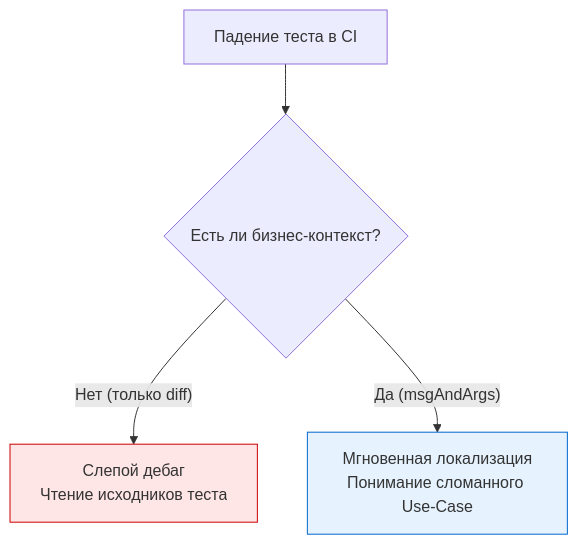
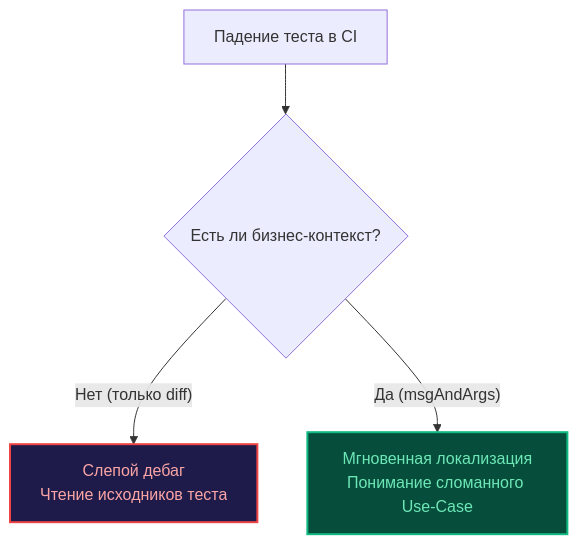
One commit to UnrealTemplier/go-textbook changed the diagram in sources/15. Тестирование в Go (QA & Testing)/03. Assertions и tooling/3. Грамотные сообщения об ошибках.md. Above: the diagram before and after it, drawn with Mermaid. The commit also changed other lines of this file, not shown here.

````diff
--- a/sources/15. Тестирование в Go (QA & Testing)/03. Assertions и tooling/3. Грамотные сообщения об ошибках.md
+++ b/sources/15. Тестирование в Go (QA & Testing)/03. Assertions и tooling/3. Грамотные сообщения об ошибках.md
@@ -98,9 +121,9 @@
 ```mermaid
 flowchart TD
     A["Падение теста в CI"] --> B{"Есть ли бизнес-контекст?"}
-    B -->|"Нет (только diff)"| C["Слепой дебаг<br>Чтение исходников теста"]
-    B -->|"Да (msgAndArgs)"| D["Мгновенная локализация<br>Понимание сломанного Use-Case"]
+    B -->|"Нет (только diff)"| C["Слепой дебаг<br/>Чтение исходников теста"]
+    B -->|"Да (msgAndArgs)"| D["Мгновенная локализация<br/>Понимание сломанного Use-Case"]
     
-    style C fill:#ffe6e6,stroke:#cc0000
-    style D fill:#e6f3ff,stroke:#0066cc
+    style C fill:#1e1b4b,stroke:#ef4444,stroke-width:2px,color:#fca5a5
+    style D fill:#064e3b,stroke:#10b981,stroke-width:2px,color:#6ee7b7
 ```
````
